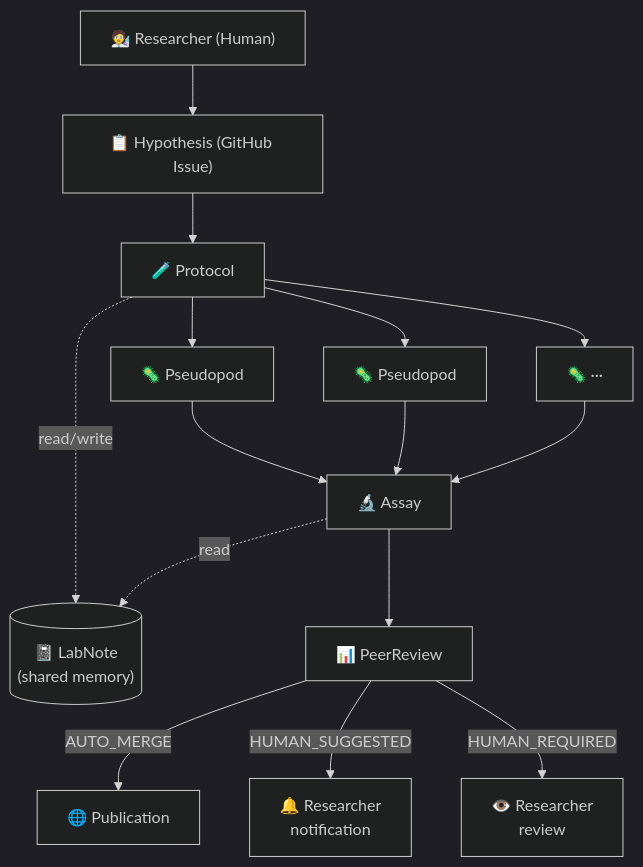
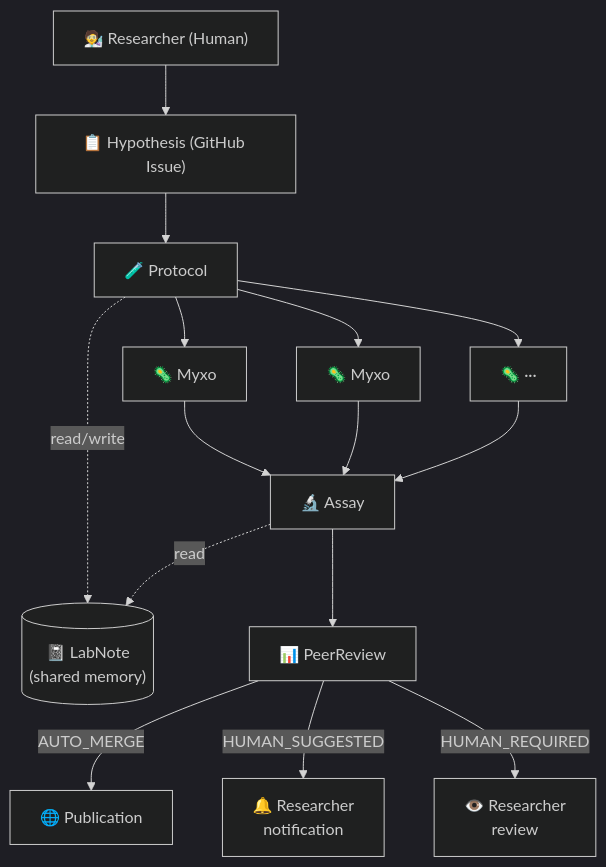
Before and after one commit to June3141/myxo-lab: the first of 2 diagrams in README.md, drawn with Mermaid (dark theme). The commit also changed other lines of this file and 5 other files, not shown here.

First line of the commit message:
feat: ✨ rename pseudopod→myxo terminology across codebase

````diff
--- a/README.md
+++ b/README.md
@@ -66,26 +66,26 @@
 ```mermaid
 flowchart TD
     R["🧑‍🔬 Researcher (Human)"]
     H["📋 Hypothesis (GitHub Issue)"]
     P["🧪 Protocol"]
     LN[("📓 LabNote\n(shared memory)")]
-    P1["🦠 Pseudopod"]
-    P2["🦠 Pseudopod"]
+    P1["🦠 Myxo"]
+    P2["🦠 Myxo"]
     P3["🦠 ···"]
     A["🔬 Assay"]
     PR["📊 PeerReview"]
     PUB["🌐 Publication"]
     RN["🔔 Researcher\nnotification"]
     RR["👁️ Researcher\nreview"]
 
     R --> H --> P
     P --> P1 & P2 & P3
     P1 & P2 & P3 --> A
     A --> PR
     P -.->|read/write| LN
     A -.->|read| LN
 
     PR -->|AUTO_MERGE| PUB
     PR -->|HUMAN_SUGGESTED| RN
     PR -->|HUMAN_REQUIRED| RR
 ```
````
